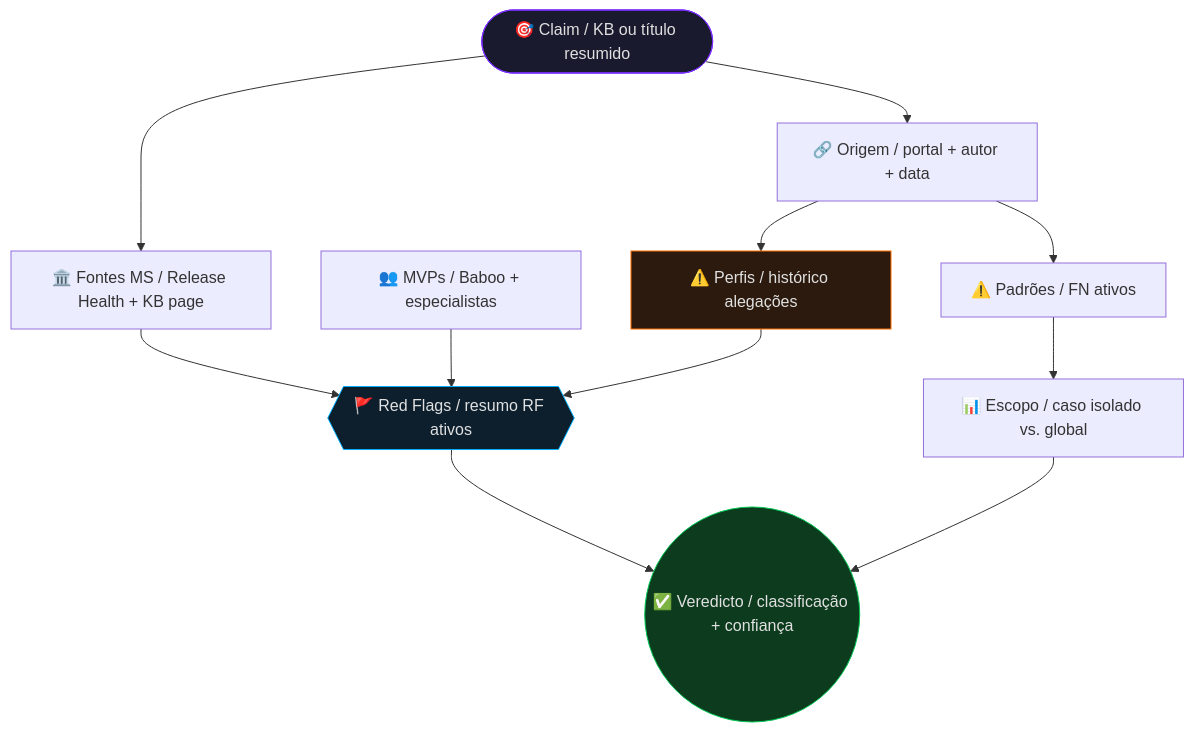
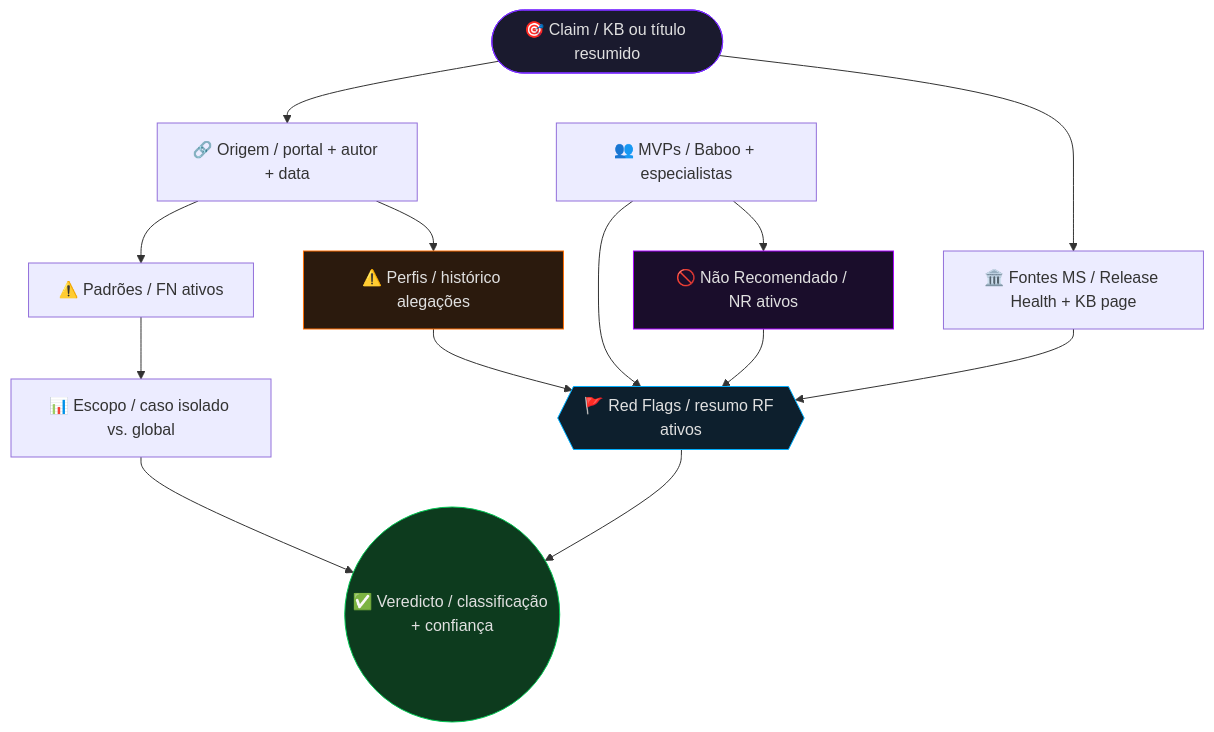
The diagram in agents/winprobe/README.md (ravenastar-js/ravagents), drawn with Mermaid before and after one commit. The commit also changed other lines of this file and 2 other files, not shown here.

````diff
--- a/agents/winprobe/README.md
+++ b/agents/winprobe/README.md
@@ -276,28 +315,32 @@
 ```mermaid
 flowchart TD
     CLAIM([🎯 Claim / KB ou título resumido]):::target
     ORIGIN[🔗 Origem / portal + autor + data]
     MSOURCE[🏛️ Fontes MS / Release Health + KB page]
     MVPS[👥 MVPs / Baboo + especialistas]
     PATTERNS[⚠️ Padrões / FN ativos]
+    NOTRECOM[🚫 Não Recomendado / NR ativos]:::notrecom
     REDFLAGS{{🚩 Red Flags / resumo RF ativos}}:::clean
     SCOPE[📊 Escopo / caso isolado vs. global]
     PROFILES[⚠️ Perfis / histórico alegações]:::profiles
     VERDICT((✅ Veredicto / classificação + confiança)):::verdict
 
     CLAIM --> ORIGIN
     CLAIM --> MSOURCE
     ORIGIN --> PATTERNS
     ORIGIN --> PROFILES
     MSOURCE --> REDFLAGS
     MVPS --> REDFLAGS
+    MVPS --> NOTRECOM
     PATTERNS --> SCOPE
     PROFILES --> REDFLAGS
+    NOTRECOM --> REDFLAGS
     REDFLAGS --> VERDICT
     SCOPE --> VERDICT
 
     classDef target   fill:#1a1a2e,color:#e0e0e0,stroke:#7b2fff
     classDef verdict  fill:#0d3b1e,color:#e0e0e0,stroke:#00c853
     classDef clean    fill:#0d1f2d,color:#e0e0e0,stroke:#00b0ff
     classDef profiles fill:#2b1a0d,color:#e0e0e0,stroke:#ff6d00
+    classDef notrecom fill:#1a0d2b,color:#e0e0e0,stroke:#aa00ff
 ```
````
